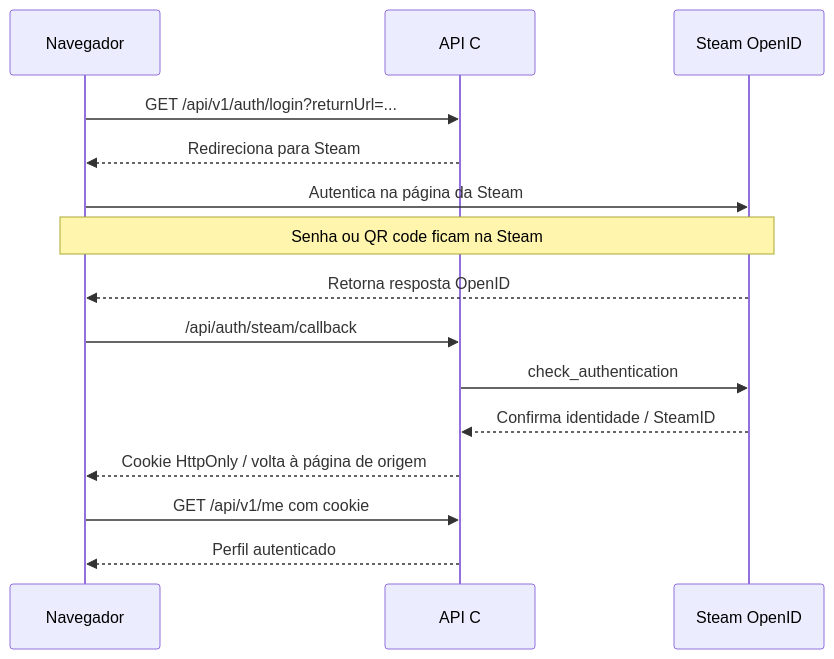
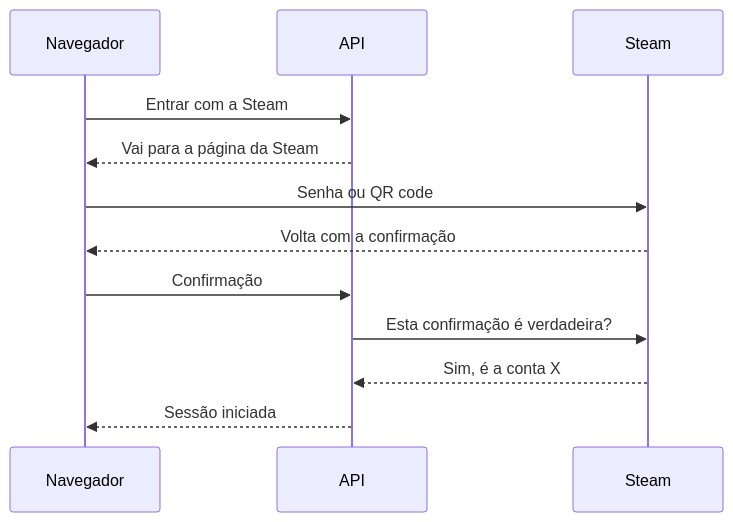
One commit to andreomorg/dota_analyst changed the ninth of 9 diagrams in README.md. Above: the diagram before and after it, drawn with Mermaid. The commit also changed other lines of this file and 4 other files, not shown here.

````diff
--- a/README.md
+++ b/README.md
@@ -368,17 +150,14 @@
 ```mermaid
 sequenceDiagram
-    participant Browser as Navegador
-    participant API as API C# / AuthController
-    participant Steam as Steam OpenID
-    Browser->>API: GET /api/v1/auth/login?returnUrl=...
-    API-->>Browser: Redireciona para Steam
-    Browser->>Steam: Autentica na página da Steam
-    Note over Browser,Steam: Senha ou QR code ficam na Steam
-    Steam-->>Browser: Retorna resposta OpenID
-    Browser->>API: /api/auth/steam/callback
-    API->>Steam: check_authentication
-    Steam-->>API: Confirma identidade / SteamID
-    API-->>Browser: Cookie HttpOnly / volta à página de origem
-    Browser->>API: GET /api/v1/me com cookie
-    API-->>Browser: Perfil autenticado
+    participant Navegador
+    participant API
+    participant Steam
+    Navegador->>API: Entrar com a Steam
+    API-->>Navegador: Vai para a página da Steam
+    Navegador->>Steam: Senha ou QR code
+    Steam-->>Navegador: Volta com a confirmação
+    Navegador->>API: Confirmação
+    API->>Steam: Esta confirmação é verdadeira?
+    Steam-->>API: Sim, é a conta X
+    API-->>Navegador: Sessão iniciada
 ```
````
